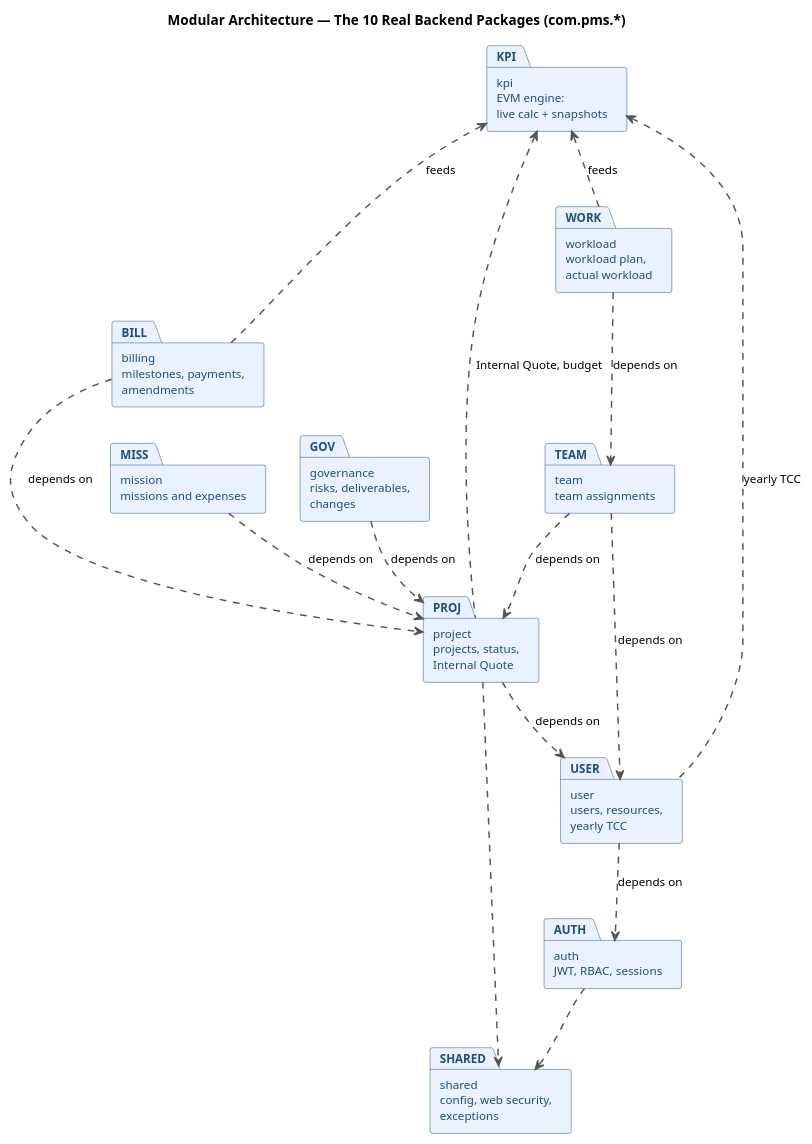
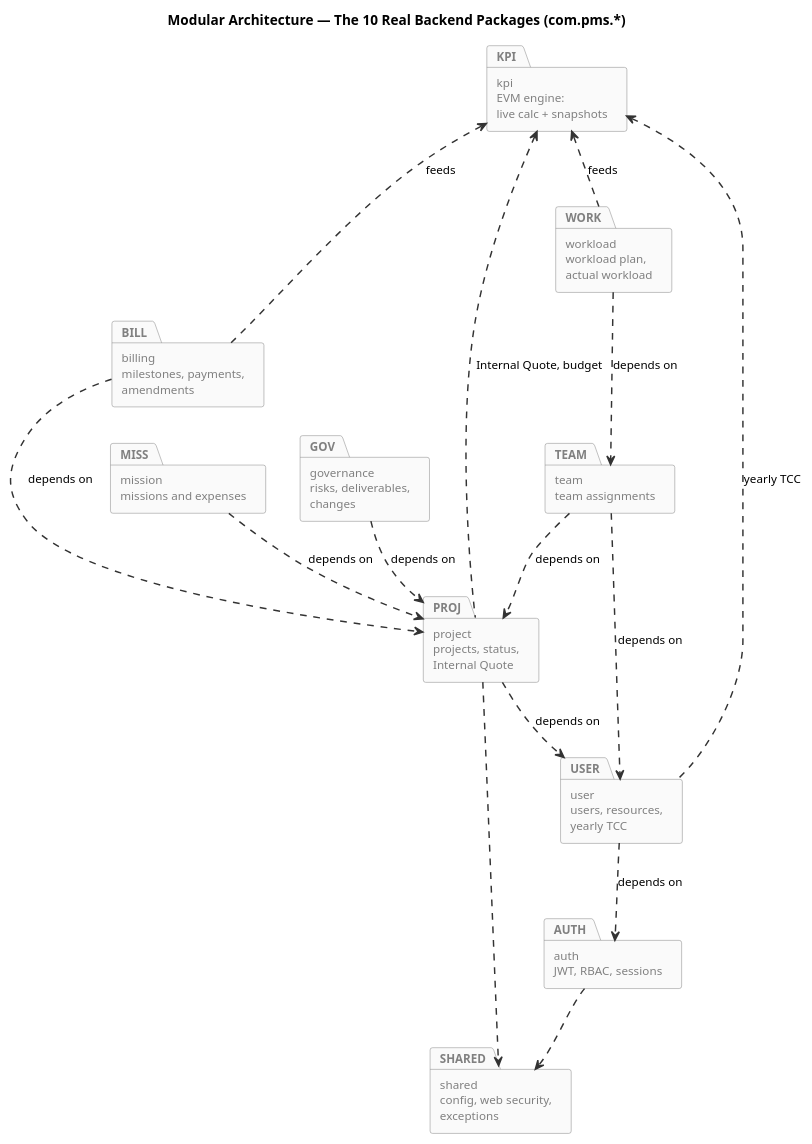
The diagram in docs/uml/02-package.puml (mazenrakrouki/tekup-pms-platform), drawn with PlantUML before and after one commit. The commit also changed 34 other files, not shown here.

```diff
--- a/docs/uml/02-package.puml
+++ b/docs/uml/02-package.puml
@@ -1,43 +1,43 @@
 @startuml package_diagram
 title Modular Architecture — The 10 Real Backend Packages (com.pms.*)
 
 skinparam shadowing false
 skinparam packageStyle rectangle
-skinparam packageBackgroundColor #EAF2FF
-skinparam packageBorderColor #1F4E79
-skinparam packageFontColor #1F4E79
+skinparam packageBackgroundColor #FAFAFA
+skinparam packageBorderColor #808080
+skinparam packageFontColor #808080
 skinparam packageFontSize 13
 skinparam defaultFontName Helvetica
 skinparam defaultFontSize 12
-skinparam ArrowColor #555555
+skinparam ArrowColor #333333
 skinparam ArrowThickness 1.5
 
 package "auth\nJWT, RBAC, sessions"                    as AUTH
 package "user\nusers, resources,\nyearly TCC"           as USER
 package "project\nprojects, status,\nInternal Quote"    as PROJ
 package "team\nteam assignments"                        as TEAM
 package "workload\nworkload plan,\nactual workload"     as WORK
 package "billing\nmilestones, payments,\namendments"    as BILL
 package "mission\nmissions and expenses"                as MISS
 package "governance\nrisks, deliverables,\nchanges"     as GOV
 package "kpi\nEVM engine:\nlive calc + snapshots"       as KPI
 package "shared\nconfig, web security,\nexceptions"     as SHARED
 
 USER ..> AUTH : depends on
 PROJ ..> USER : depends on
 TEAM ..> PROJ : depends on
 TEAM ..> USER : depends on
 WORK ..> TEAM : depends on
 BILL ..> PROJ : depends on
 MISS ..> PROJ : depends on
 GOV  ..> PROJ : depends on
 
 KPI <.. WORK : feeds
 KPI <.. BILL : feeds
 KPI <.. USER : yearly TCC
 KPI <.. PROJ : Internal Quote, budget
 
 AUTH ..> SHARED
 PROJ ..> SHARED
 
 @enduml
```
